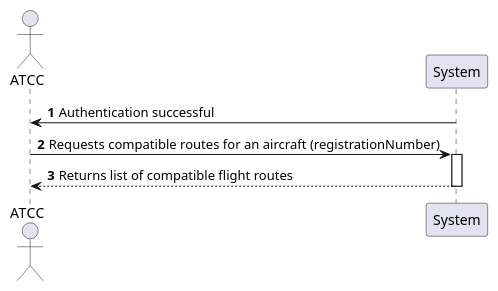
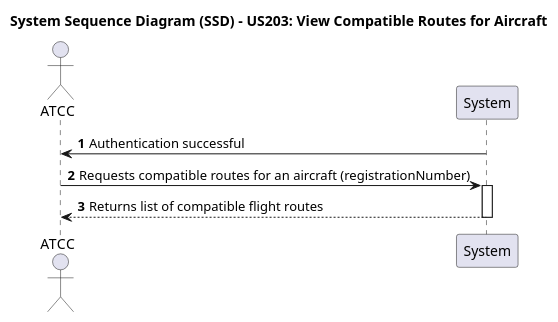
One commit to Andre-1240567/psoft2026_2DB_1240567_1241013_1240624 changed the diagram in docs/use-cases/WP#1B/US203/puml/US203-SSD.puml. Above: the diagram before and after it, drawn with PlantUML. The commit also changed 28 other files, not shown here.

```diff
--- a/docs/use-cases/WP#1B/US203/puml/US203-SSD.puml
+++ b/docs/use-cases/WP#1B/US203/puml/US203-SSD.puml
@@ -1,11 +1,13 @@
-@startuml
+@startuml US203-SSD
 autonumber
+title System Sequence Diagram (SSD) - US203: View Compatible Routes for Aircraft
+
 actor "ATCC" as ATCC
 
 System -> ATCC: Authentication successful
 ATCC -> System: Requests compatible routes for an aircraft (registrationNumber)
 activate System
 System --> ATCC: Returns list of compatible flight routes
 deactivate System
 
 @enduml
```
